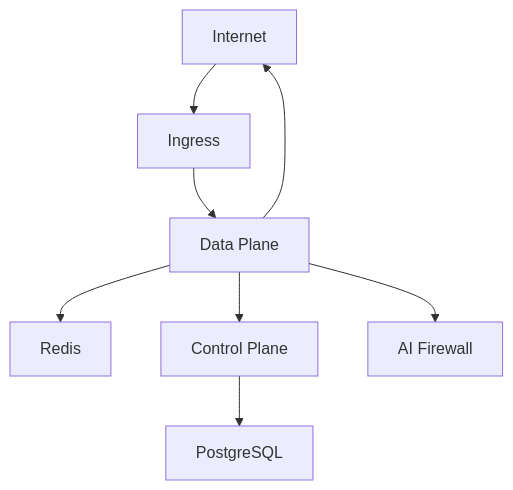
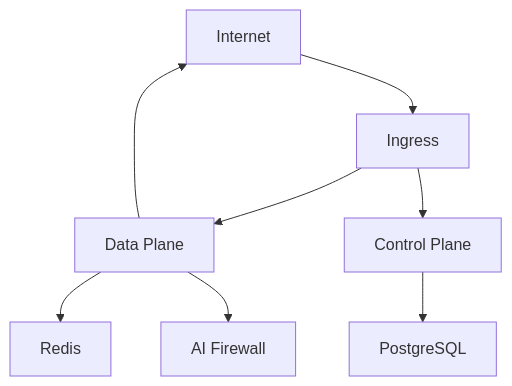
One commit to NeuralTrust/trustgate-helm-charts changed the second of 2 diagrams in README.md. Above: the diagram before and after it, drawn with Mermaid. The commit also changed other lines of this file and 1 other file, not shown here.

````diff
--- a/README.md
+++ b/README.md
@@ -435,10 +336,10 @@
 ```mermaid
 graph TD
     Internet --> Ingress
     Ingress --> DataPlane[Data Plane]
     DataPlane --> Redis
-    DataPlane --> ControlPlane[Control Plane]
+    Ingress --> ControlPlane[Control Plane]
     ControlPlane --> PostgreSQL
     DataPlane --> Internet
     DataPlane --> Firewall[AI Firewall]
 ```
````
